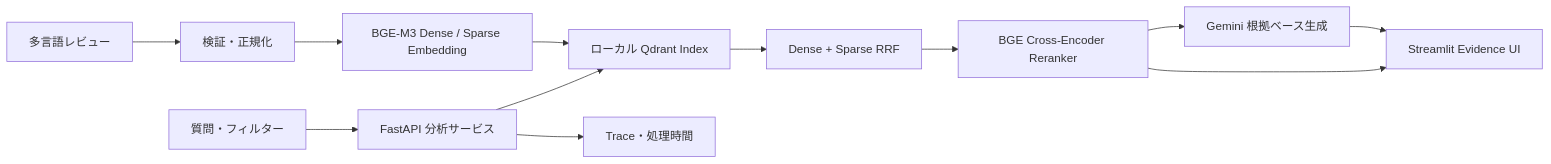
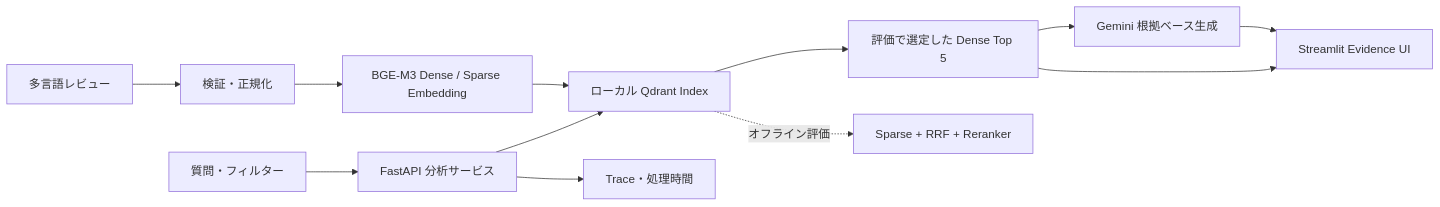
The diagram in README.ja.md (taojiangyz/Tokyo-Disneyland-review-intelligence), drawn with Mermaid before and after one commit. The commit also changed other lines of this file and 3 other files, not shown here.

````diff
--- a/README.ja.md
+++ b/README.ja.md
@@ -23,14 +23,14 @@
 ```mermaid
 flowchart LR
     A["多言語レビュー"] --> B["検証・正規化"]
     B --> C["BGE-M3 Dense / Sparse Embedding"]
     C --> D["ローカル Qdrant Index"]
     U["質問・フィルター"] --> API["FastAPI 分析サービス"]
     API --> D
-    D --> RRF["Dense + Sparse RRF"]
-    RRF --> RR["BGE Cross-Encoder Reranker"]
-    RR --> G["Gemini 根拠ベース生成"]
+    D --> DR["評価で選定した Dense Top 5"]
+    DR --> G["Gemini 根拠ベース生成"]
     G --> UI["Streamlit Evidence UI"]
-    RR --> UI
+    DR --> UI
+    D -. "オフライン評価" .-> EXP["Sparse + RRF + Reranker"]
     API --> T["Trace・処理時間"]
 ```
````
